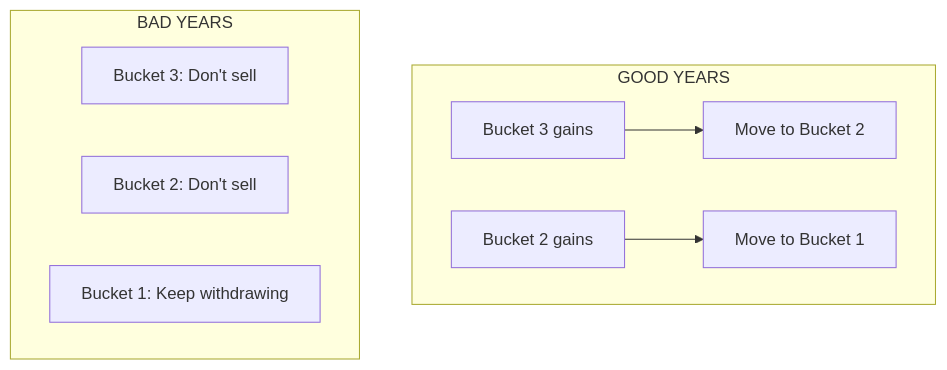
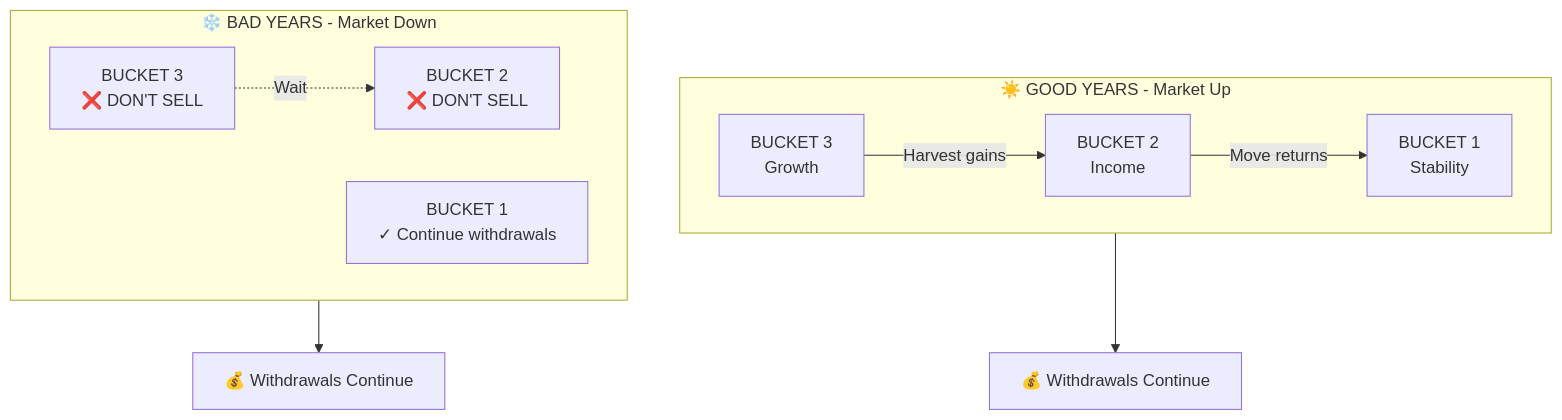
One commit to naren-m/literature-notes changed the second of 4 diagrams in finances/three_bucket_investment_strategy.md. Above: the diagram before and after it, drawn with Mermaid. The commit also changed other lines of this file, not shown here.

Commit message:
Auto saved by Logseq

````diff
--- a/finances/three_bucket_investment_strategy.md
+++ b/finances/three_bucket_investment_strategy.md
@@ -94,13 +96,17 @@
 ```mermaid
 flowchart TB
-    subgraph GOOD["GOOD YEARS"]
-        G3["Bucket 3 gains"] --> G2["Move to Bucket 2"]
-        G2B["Bucket 2 gains"] --> G1["Move to Bucket 1"]
+    subgraph GOOD["☀️ GOOD YEARS - Market Up"]
+        direction LR
+        G3["BUCKET 3<br/>Growth"] -->|"Harvest gains"| G2["BUCKET 2<br/>Income"]
+        G2 -->|"Move returns"| G1["BUCKET 1<br/>Stability"]
     end
     
-    subgraph BAD["BAD YEARS"]
-        B3["Bucket 3: Don't sell"]
-        B2["Bucket 2: Don't sell"]
-        B1["Bucket 1: Keep withdrawing"]
+    subgraph BAD["❄️ BAD YEARS - Market Down"]
+        direction LR
+        B3["BUCKET 3<br/>❌ DON'T SELL"] -.->|"Wait"| B2["BUCKET 2<br/>❌ DON'T SELL"]
+        B1["BUCKET 1<br/>✓ Continue withdrawals"]
     end
+    
+    G1 --> W1["💰 Withdrawals Continue"]
+    B1 --> W2["💰 Withdrawals Continue"]
 ```
````
